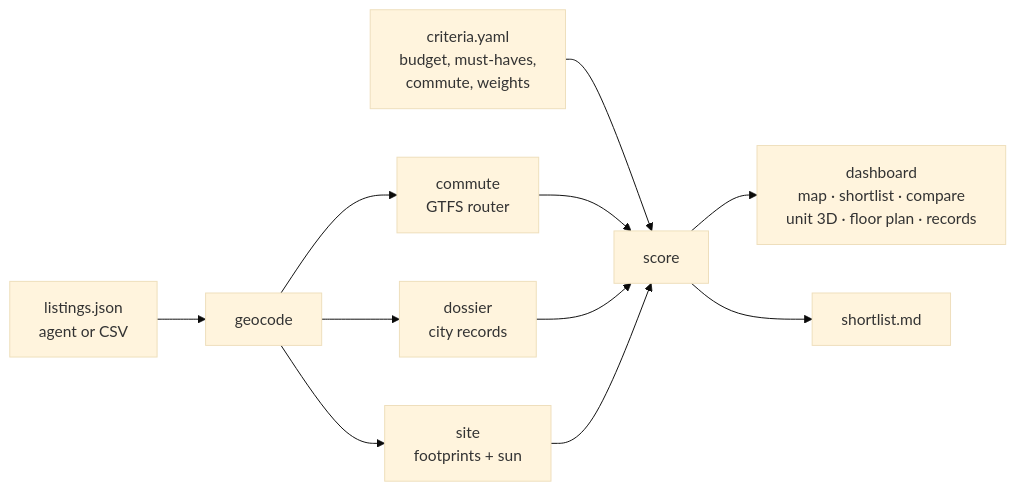
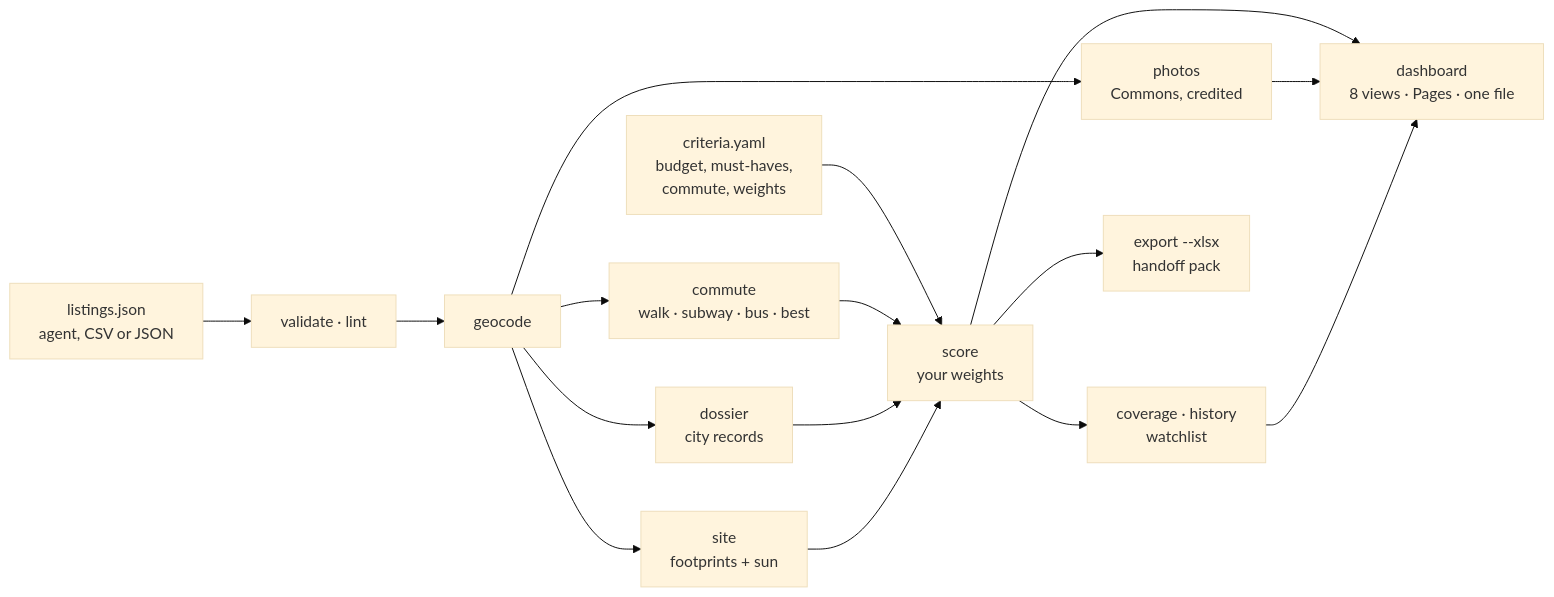
Before and after one commit to 0marm0/ApartmentScout: the diagram in README.md, drawn with Mermaid (base theme). The commit also changed other lines of this file and 17 other files, not shown here.

First line of the commit message:
feat: listing photos in the example, map tags pinned to their buildings, new docs

````diff
--- a/README.md
+++ b/README.md
@@ -93,13 +106,18 @@
 ```mermaid
 flowchart LR
   A[criteria.yaml<br>budget, must-haves,<br>commute, weights] --> S
-  B[listings.json<br>agent or CSV] --> G[geocode]
-  G --> C[commute<br>GTFS router]
+  B[listings.json<br>agent, CSV or JSON] --> Q[validate · lint]
+  Q --> G[geocode]
+  G --> C[commute<br>walk · subway · bus · best]
   G --> R[dossier<br>city records]
+  G --> P[photos<br>Commons, credited]
   G --> V[site<br>footprints + sun]
-  C --> S[score]
+  C --> S[score<br>your weights]
   R --> S
   V --> S
-  S --> D[dashboard<br>map · shortlist · compare<br>unit 3D · floor plan · records]
-  S --> M[shortlist.md]
+  S --> K[coverage · history<br>watchlist]
+  S --> D[dashboard<br>8 views · Pages · one file]
+  P --> D
+  K --> D
+  S --> X[export --xlsx<br>handoff pack]
 ```
````
